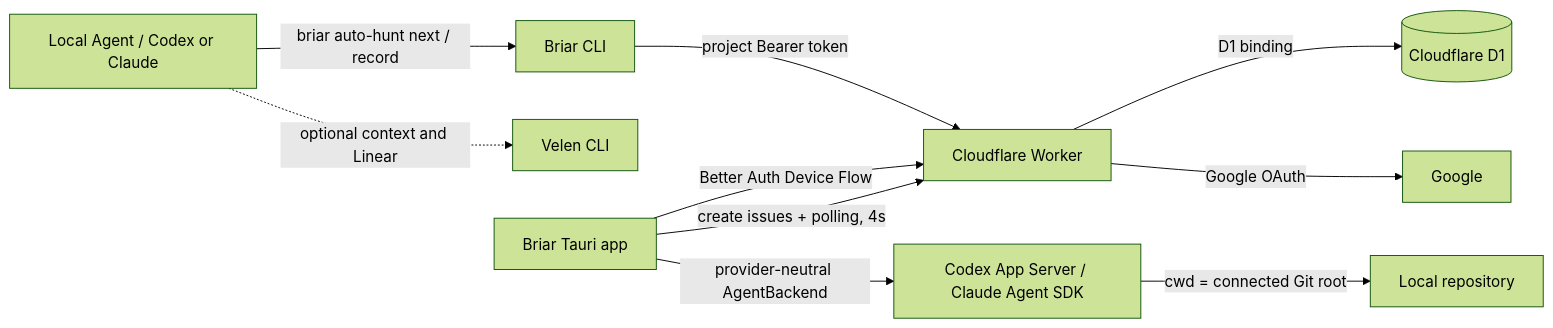
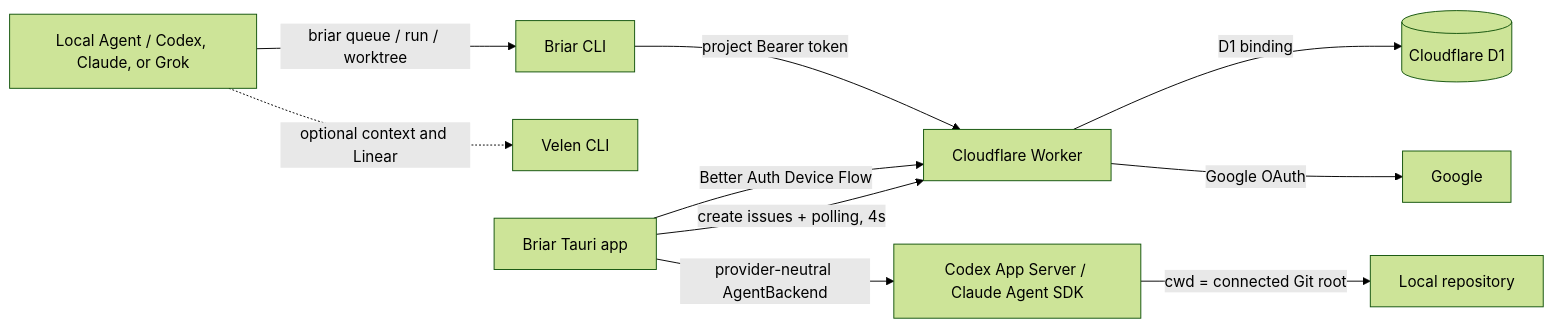
Before and after one commit to wordbricks/briar: the diagram in README.md, drawn with Mermaid (forest theme). The commit also changed other lines of this file and 34 other files, not shown here.

````diff
--- a/README.md
+++ b/README.md
@@ -30,12 +31,12 @@
 ```mermaid
 flowchart LR
-  A["Local Agent / Codex or Claude"] -->|"briar auto-hunt next / record"| C["Briar CLI"]
+  A["Local Agent / Codex, Claude, or Grok"] -->|"briar queue / run / worktree"| C["Briar CLI"]
   A -.->|"optional context and Linear"| V["Velen CLI"]
   C -->|"project Bearer token"| W["Cloudflare Worker"]
   D["Briar Tauri app"] -->|"Better Auth Device Flow"| W
   D -->|"create issues + polling, 4s"| W
   D -->|"provider-neutral AgentBackend"| AS["Codex App Server / Claude Agent SDK"]
   AS -->|"cwd = connected Git root"| R["Local repository"]
   W -->|"D1 binding"| DB[("Cloudflare D1")]
   W -->|"Google OAuth"| G["Google"]
 ```
````
